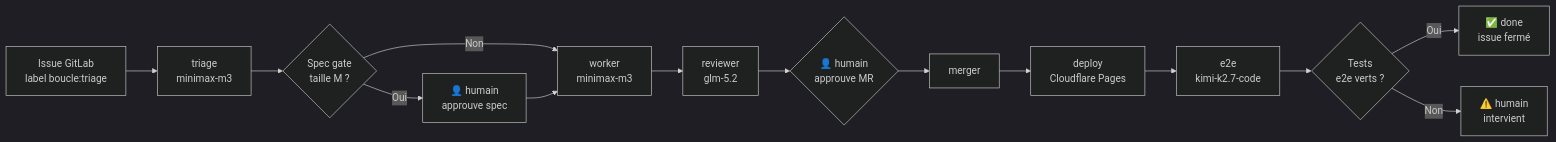
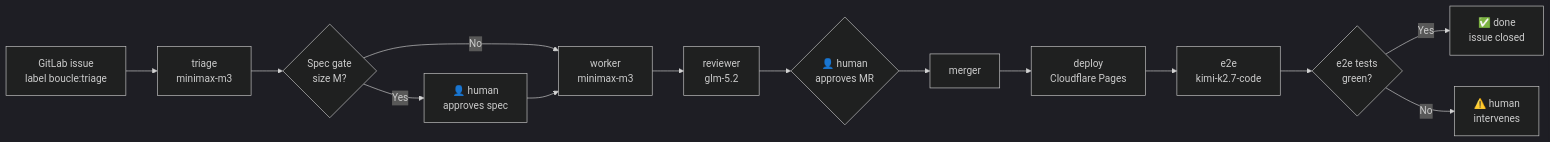
One commit to ankaboot-source/boucle changed the first of 2 diagrams in README.md. Above: the diagram before and after it, drawn with Mermaid (dark theme). The commit also changed other lines of this file and 3 other files, not shown here.

First line of the commit message:
docs: document self-maintenance behavior in charter docs

````diff
--- a/README.md
+++ b/README.md
@@ -15,16 +15,16 @@
 ```mermaid
 flowchart LR
-    A[Issue GitLab<br/>label boucle:triage] --> B[triage<br/>minimax-m3]
-    B --> C{Spec gate<br/>taille M ?}
-    C -->|Oui| D[👤 humain<br/>approuve spec]
-    C -->|Non| E[worker<br/>minimax-m3]
+    A[GitLab issue<br/>label boucle:triage] --> B[triage<br/>minimax-m3]
+    B --> C{Spec gate<br/>size M?}
+    C -->|Yes| D[👤 human<br/>approves spec]
+    C -->|No| E[worker<br/>minimax-m3]
     D --> E
     E --> F[reviewer<br/>glm-5.2]
-    F --> G{👤 humain<br/>approuve MR}
+    F --> G{👤 human<br/>approves MR}
     G --> H[merger]
     H --> I[deploy<br/>Cloudflare Pages]
     I --> J[e2e<br/>kimi-k2.7-code]
-    J --> K{Tests<br/>e2e verts ?}
-    K -->|Oui| L[✅ done<br/>issue fermé]
-    K -->|Non| M[⚠️ humain<br/>intervient]
+    J --> K{e2e tests<br/>green?}
+    K -->|Yes| L[✅ done<br/>issue closed]
+    K -->|No| M[⚠️ human<br/>intervenes]
 ```
````
